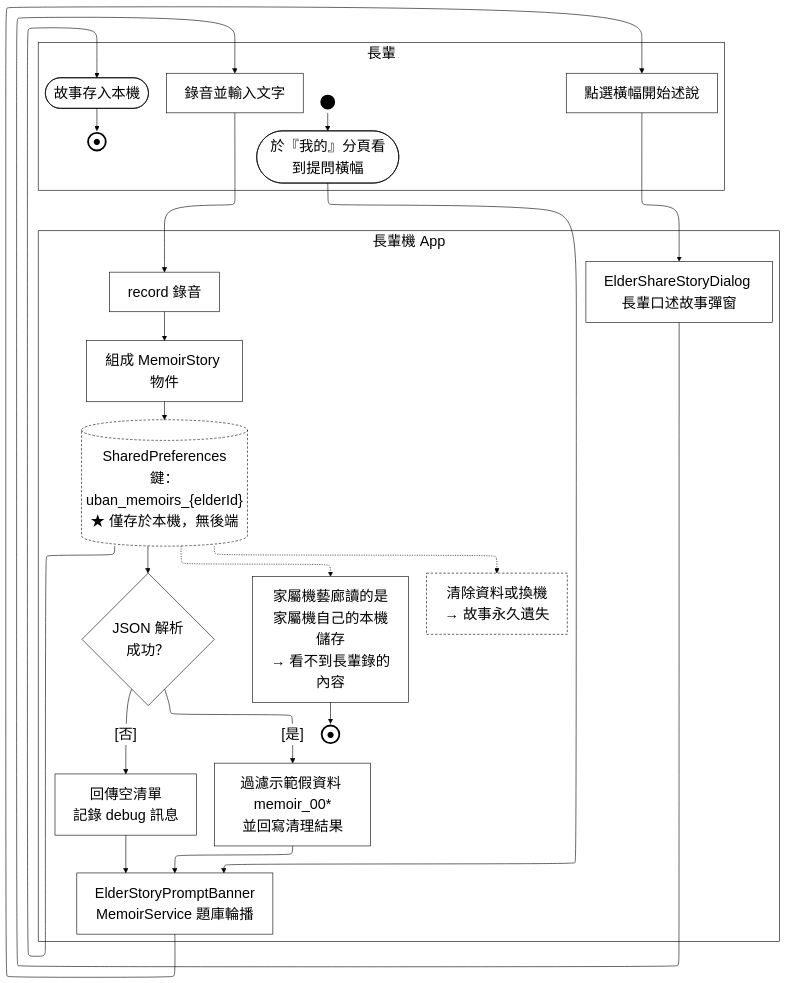
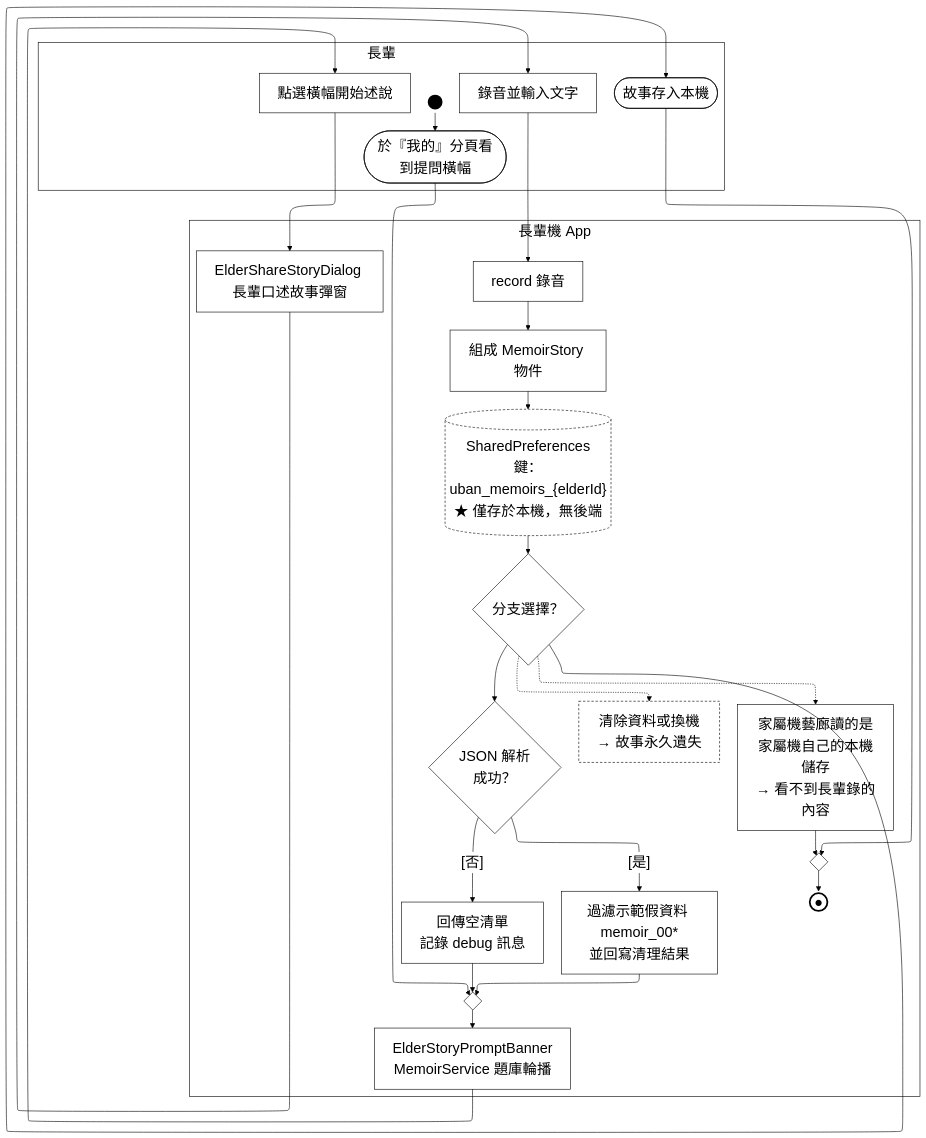
Before and after one commit to HuangYu-Kai/Uban: the diagram in Uban System Documents/mermaid原始碼/A12-生命回顧（長輩）.mmd, drawn with Mermaid. The commit also changed 226 other files, not shown here.

Commit message:
Complete system manual with updated diagrams, formatting, and natural language

```diff
--- a/Uban System Documents/mermaid原始碼/A12-生命回顧（長輩）.mmd
+++ b/Uban System Documents/mermaid原始碼/A12-生命回顧（長輩）.mmd
@@ -1,52 +1,56 @@
 %%{init:{"layout":"elk","elk":{"mergeEdges":false,"nodePlacementStrategy":"NETWORK_SIMPLEX"},"flowchart":{"htmlLabels":true},"themeVariables":{"clusterBkg":"#FFFFFF","clusterBorder":"#000000","edgeLabelBackground":"#FFFFFF","textColor":"#000000","nodeTextColor":"#000000","titleColor":"#000000","lineColor":"#000000","fontSize":"24px"}}}%%
 flowchart TD
+  %% 鎖住泳道順序：ELK 不照宣告順序排，沒有這條鏈後端會跑到最上面
   subgraph ROLE["長輩"]
     PAD_ROLE["&nbsp;&nbsp;&nbsp;&nbsp;&nbsp;&nbsp;&nbsp;&nbsp;&nbsp;&nbsp;&nbsp;&nbsp;&nbsp;&nbsp;&nbsp;&nbsp;&nbsp;&nbsp;&nbsp;&nbsp;&nbsp;&nbsp;&nbsp;&nbsp;&nbsp;&nbsp;&nbsp;&nbsp;&nbsp;&nbsp;&nbsp;&nbsp;&nbsp;&nbsp;&nbsp;&nbsp;&nbsp;&nbsp;&nbsp;&nbsp;"]:::pad
     ST_S1(("&nbsp;")):::term
     S1([於『我的』分頁看到提問橫幅]):::act
     S2["點選橫幅開始述說"]:::act
     S3["錄音並輸入文字"]:::act
     S4(["故事存入本機"]):::act
-    EN_S4(("●")):::endterm
   end
   subgraph FE["長輩機 App"]
     A1["ElderStoryPromptBanner<br/>MemoirService 題庫輪播"]:::act
     A2["ElderShareStoryDialog 長輩口述故事彈窗"]:::act
     A3["record 錄音"]:::act
     A4["組成 MemoirStory 物件"]:::act
     A5["過濾示範假資料 memoir_00*<br/>並回寫清理結果"]:::act
     A6{"JSON 解析<br/>成功？"}:::dec
     A7["回傳空清單<br/>記錄 debug 訊息"]:::act
     LOCAL[("SharedPreferences<br/>鍵：uban_memoirs_{elderId}<br/>★ 僅存於本機，無後端")]:::gap
     G1["家屬機藝廊讀的是<br/>家屬機自己的本機儲存<br/>→ 看不到長輩錄的內容"]:::act
-    EN_G1(("●")):::endterm
     G2["清除資料或換機<br/>→ 故事永久遺失"]:::gap
+    D_LOCAL{"分支選擇？"}:::dec
+    M_A1{" "}:::dec
+    M_END{" "}:::dec
+    EN_ALL(("●")):::endterm
   end
 
   ST_S1 --> S1
-  S1 --> A1
+  S1 --> M_A1
   A1 --> S2
   S2 --> A2
   A2 --> S3
   S3 --> A3
   A3 --> A4
   A4 --> LOCAL
-  LOCAL --> S4
-  LOCAL --> A6
+  D_LOCAL --> S4
+  D_LOCAL --> A6
   A6 -->|"[是]"| A5
-  A5 --> A1
+  A5 --> M_A1
   A6 -->|"[否]"| A7
-  A7 --> A1
-  LOCAL -.-> G1
-  LOCAL -.-> G2
-  S4 --> EN_S4
-  G1 --> EN_G1
-  %% 鎖住泳道順序：ELK 不照宣告順序排，沒有這條鏈後端會跑到最上面
+  A7 --> M_A1
+  D_LOCAL -.-> G1
+  D_LOCAL -.-> G2
+  S4 --> M_END
+  G1 --> M_END
+  LOCAL --> D_LOCAL
+  M_A1 --> A1
+  M_END --> EN_ALL
   ROLE ~~~ FE
-
   classDef pad  fill:none,stroke:none,color:#FFFFFF
   classDef act  fill:#FFFFFF,stroke:#000000,stroke-width:1px,color:#000000
   classDef dec  fill:#FFFFFF,stroke:#000000,stroke-width:1px,color:#000000
   classDef term fill:#000000,stroke:#000000,stroke-width:3px,color:#000000
   classDef endterm fill:#FFFFFF,stroke:#000000,stroke-width:3px,color:#000000
   classDef gap  fill:#FFFFFF,stroke:#000000,stroke-width:1px,color:#000000,stroke-dasharray:4 3
```
